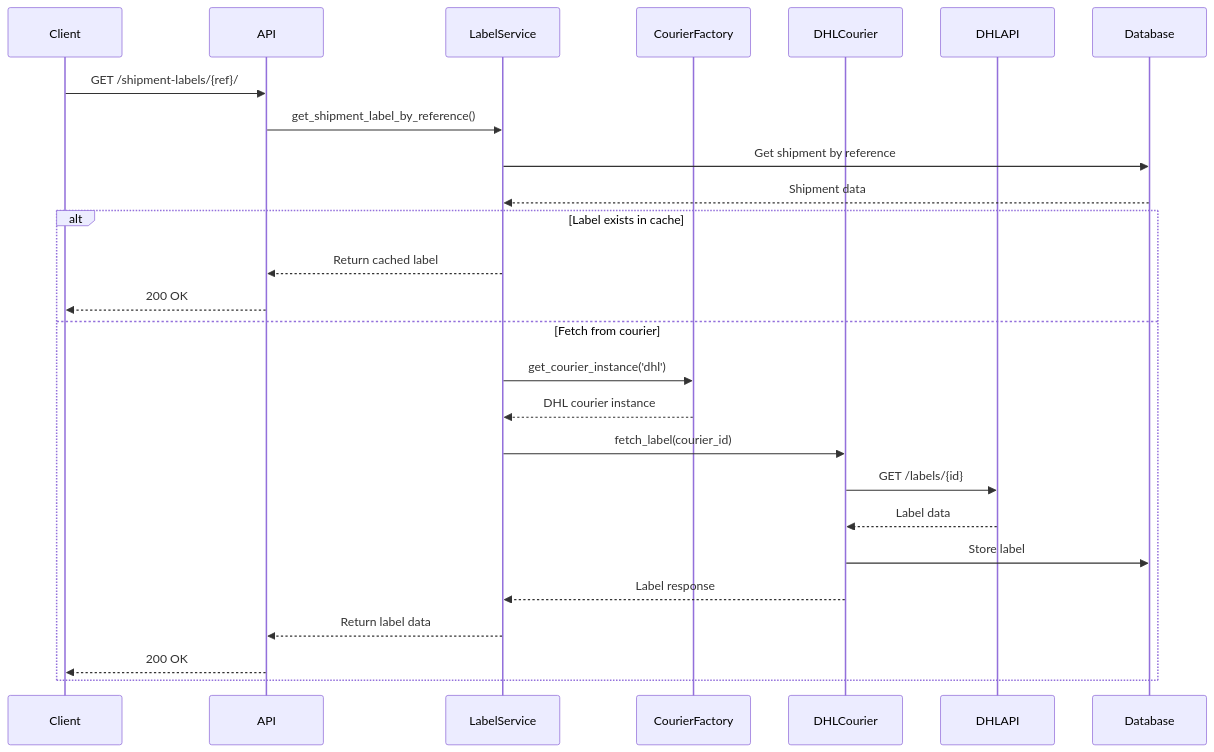
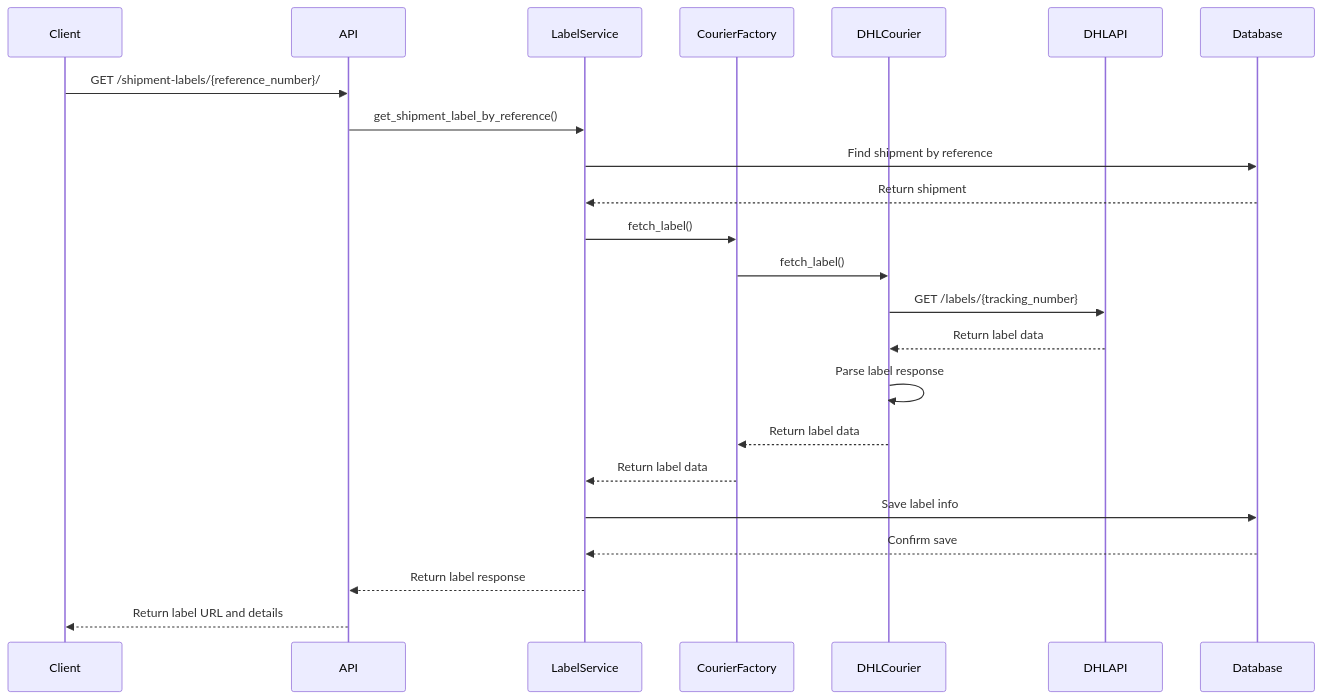
The fifth of 8 diagrams in README.md (syed-zunnurain/couriers-unified), drawn with Mermaid before and after one commit. The commit also changed other lines of this file and 14 other files, not shown here.

````diff
--- a/README.md
+++ b/README.md
@@ -714,30 +392,26 @@
 ```mermaid
 sequenceDiagram
     participant Client
     participant API
     participant LabelService
     participant CourierFactory
     participant DHLCourier
     participant DHLAPI
     participant Database
-
-    Client->>API: GET /shipment-labels/{ref}/
+    
+    Client->>API: GET /shipment-labels/{reference_number}/
     API->>LabelService: get_shipment_label_by_reference()
-    LabelService->>Database: Get shipment by reference
-    Database-->>LabelService: Shipment data
-    
-    alt Label exists in cache
-        LabelService-->>API: Return cached label
-        API-->>Client: 200 OK
-    else Fetch from courier
-        LabelService->>CourierFactory: get_courier_instance('dhl')
-        CourierFactory-->>LabelService: DHL courier instance
-        LabelService->>DHLCourier: fetch_label(courier_id)
-        DHLCourier->>DHLAPI: GET /labels/{id}
-        DHLAPI-->>DHLCourier: Label data
-        DHLCourier->>Database: Store label
-        DHLCourier-->>LabelService: Label response
-        LabelService-->>API: Return label data
-        API-->>Client: 200 OK
-    end
+    LabelService->>Database: Find shipment by reference
+    Database-->>LabelService: Return shipment
+    LabelService->>CourierFactory: fetch_label()
+    CourierFactory->>DHLCourier: fetch_label()
+    DHLCourier->>DHLAPI: GET /labels/{tracking_number}
+    DHLAPI-->>DHLCourier: Return label data
+    DHLCourier->>DHLCourier: Parse label response
+    DHLCourier-->>CourierFactory: Return label data
+    CourierFactory-->>LabelService: Return label data
+    LabelService->>Database: Save label info
+    Database-->>LabelService: Confirm save
+    LabelService-->>API: Return label response
+    API-->>Client: Return label URL and details
 ```
````
